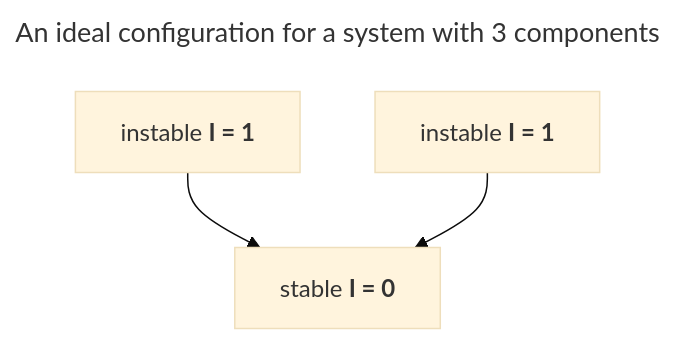
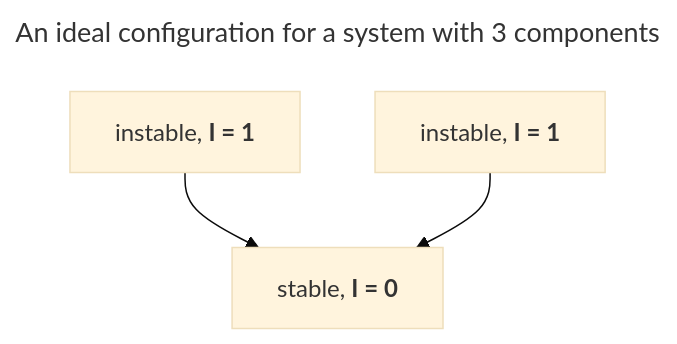
Before and after one commit to aleksandr-kiliushin/learning: the fifth of 6 diagrams in summaries/clean-architecture/index.md, drawn with Mermaid (base theme). The commit also changed other lines of this file, not shown here.

Commit message:
clean architecture: Add WHERE DO WE PUT THE HIGH-LEVEL POLICY?, INTRODUCING THE STABLE ABSTRACTIONS PRINCIPLE

````diff
--- a/summaries/clean-architecture/index.md
+++ b/summaries/clean-architecture/index.md
@@ -853,12 +853,12 @@
 ```mermaid
 ---
 title: An ideal configuration for a system with 3 components
 ---
 graph TD
-  ComponentA[instable <b>I = 1</b>]
-  ComponentB[instable <b>I = 1</b>]
-  ComponentC[stable <b>I = 0</b>]
+  ComponentA[instable, <b>I = 1</b>]
+  ComponentB[instable, <b>I = 1</b>]
+  ComponentC[stable, <b>I = 0</b>]
 
   ComponentA-->ComponentC
   ComponentB-->ComponentC
 ```
````
